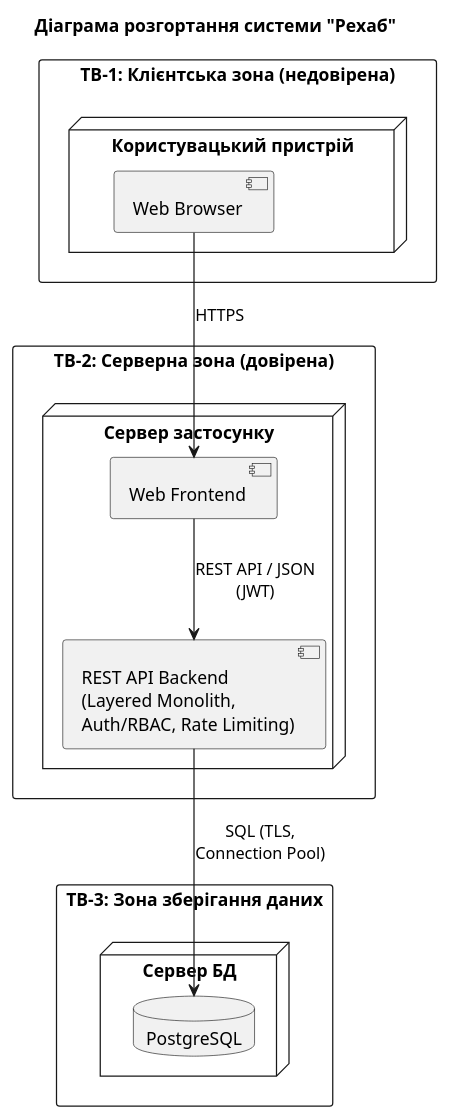
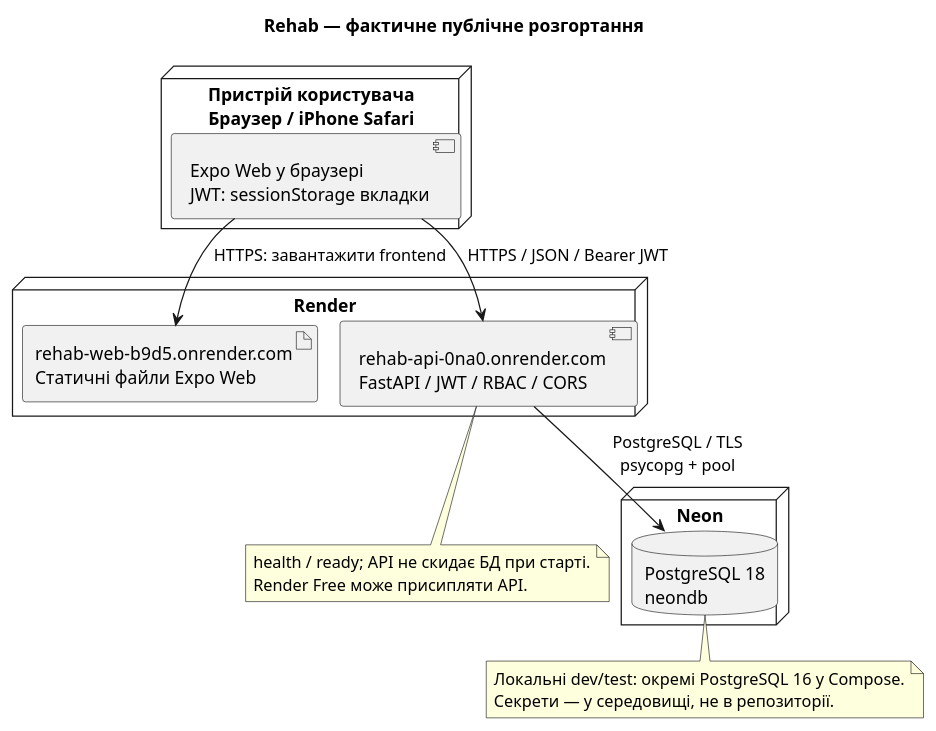
Before and after one commit to ukma-fin-ssdm-2026/Rehab: the diagram in docs/architecture/uml/deployment-diagram.puml, drawn with PlantUML. The commit also changed 23 other files, not shown here.

```diff
--- a/docs/architecture/uml/deployment-diagram.puml
+++ b/docs/architecture/uml/deployment-diagram.puml
@@ -1,26 +1,25 @@
 @startuml
-title Діаграма розгортання системи "Рехаб"
-
-rectangle "ТВ-1: Клієнтська зона (недовірена)" {
-  node "Користувацький пристрій" {
-    component "Web Browser" as Browser
-  }
+!pragma layout smetana
+title Rehab — фактичне публічне розгортання
+node "Пристрій користувача\nБраузер / iPhone Safari" as Device {
+ component "Expo Web у браузері\nJWT: sessionStorage вкладки" as Browser
 }
-
-rectangle "ТВ-2: Серверна зона (довірена)" {
-  node "Сервер застосунку" {
-    component "Web Frontend" as Front
-    component "REST API Backend\n(Layered Monolith,\nAuth/RBAC, Rate Limiting)" as API
-  }
+node "Render" {
+ artifact "rehab-web-b9d5.onrender.com\nСтатичні файли Expo Web" as Front
+ component "rehab-api-0na0.onrender.com\nFastAPI / JWT / RBAC / CORS" as API
 }
-
-rectangle "ТВ-3: Зона зберігання даних" {
-  node "Сервер БД" {
-    database "PostgreSQL" as DB
-  }
+node "Neon" {
+ database "PostgreSQL 18\nneondb" as DB
 }
-
-Browser --> Front : HTTPS
-Front --> API : REST API / JSON\n(JWT)
-API --> DB : SQL (TLS,\nConnection Pool)
+Browser --> Front : HTTPS: завантажити frontend
+Browser --> API : HTTPS / JSON / Bearer JWT
+API --> DB : PostgreSQL / TLS\npsycopg + pool
+note bottom of API
+ health / ready; API не скидає БД при старті.
+ Render Free може присипляти API.
+end note
+note bottom of DB
+ Локальні dev/test: окремі PostgreSQL 16 у Compose.
+ Секрети — у середовищі, не в репозиторії.
+end note
 @enduml
```
